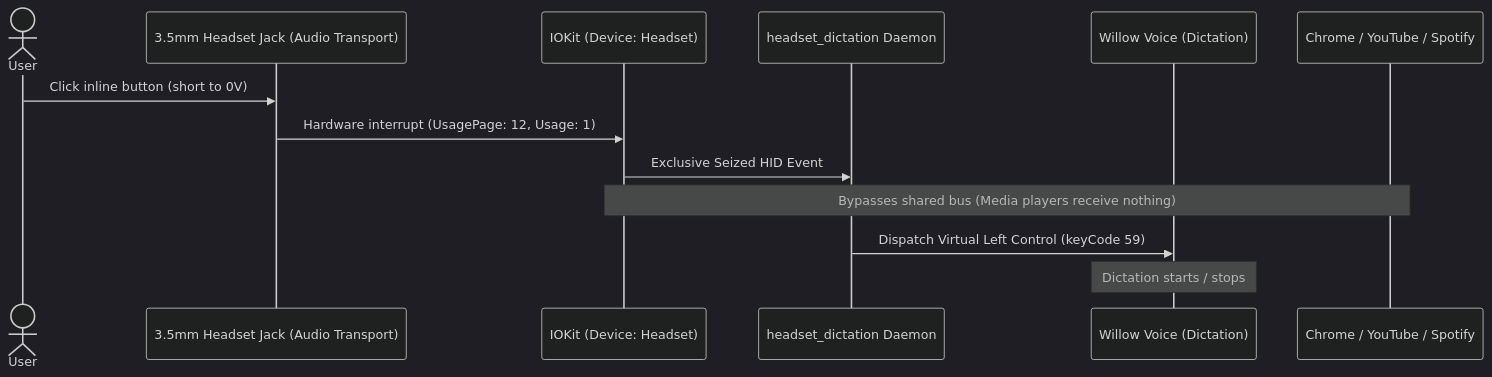
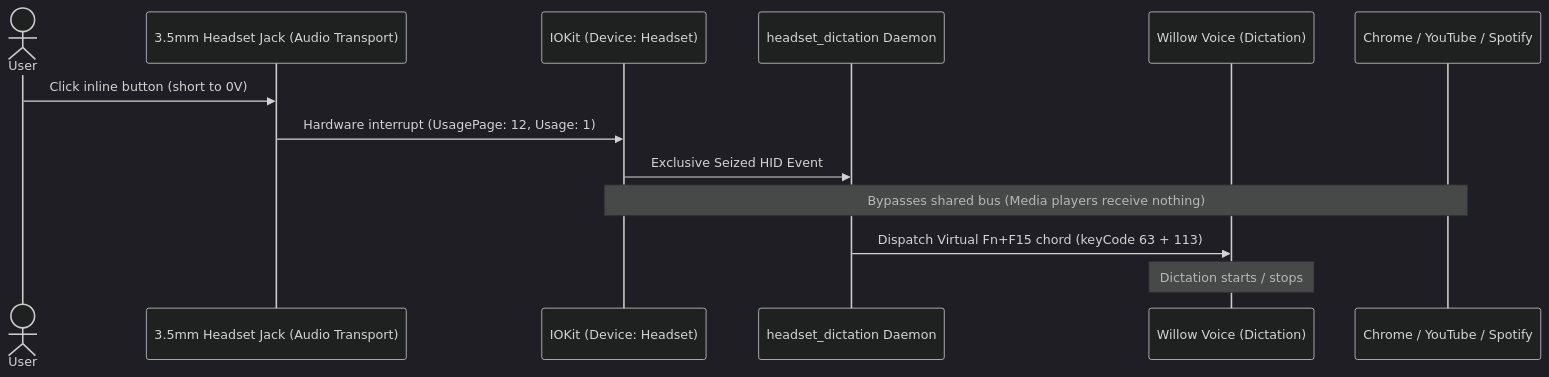
Before and after one commit to matgCodes/headset-dictation: the second of 3 diagrams in README.md, drawn with Mermaid (dark theme). The commit also changed other lines of this file and 1 other file, not shown here.

First line of the commit message:
feat: trigger Wispr Flow push-to-talk via the Fn+F15 chord

````diff
--- a/README.md
+++ b/README.md
@@ -124,16 +127,16 @@
 ```mermaid
 sequenceDiagram
     actor User
     participant HW as 3.5mm Headset Jack (Audio Transport)
     participant IOKit as IOKit (Device: Headset)
     participant Daemon as headset_dictation Daemon
     participant Dictation as Willow Voice (Dictation)
     participant Media as Chrome / YouTube / Spotify
 
     User->>HW: Click inline button (short to 0V)
     HW->>IOKit: Hardware interrupt (UsagePage: 12, Usage: 1)
     IOKit->>Daemon: Exclusive Seized HID Event
     Note over IOKit,Media: Bypasses shared bus (Media players receive nothing)
-    Daemon->>Dictation: Dispatch Virtual Left Control (keyCode 59)
+    Daemon->>Dictation: Dispatch Virtual Fn+F15 chord (keyCode 63 + 113)
     Note over Dictation: Dictation starts / stops
 ```
````
